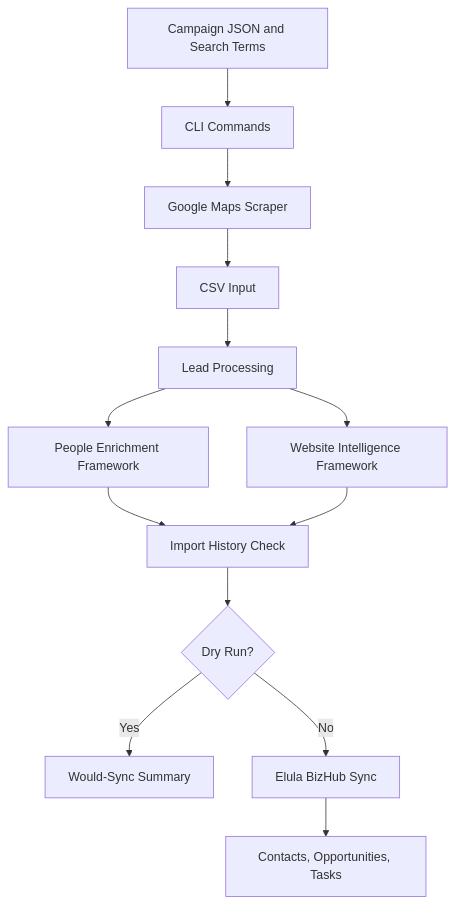
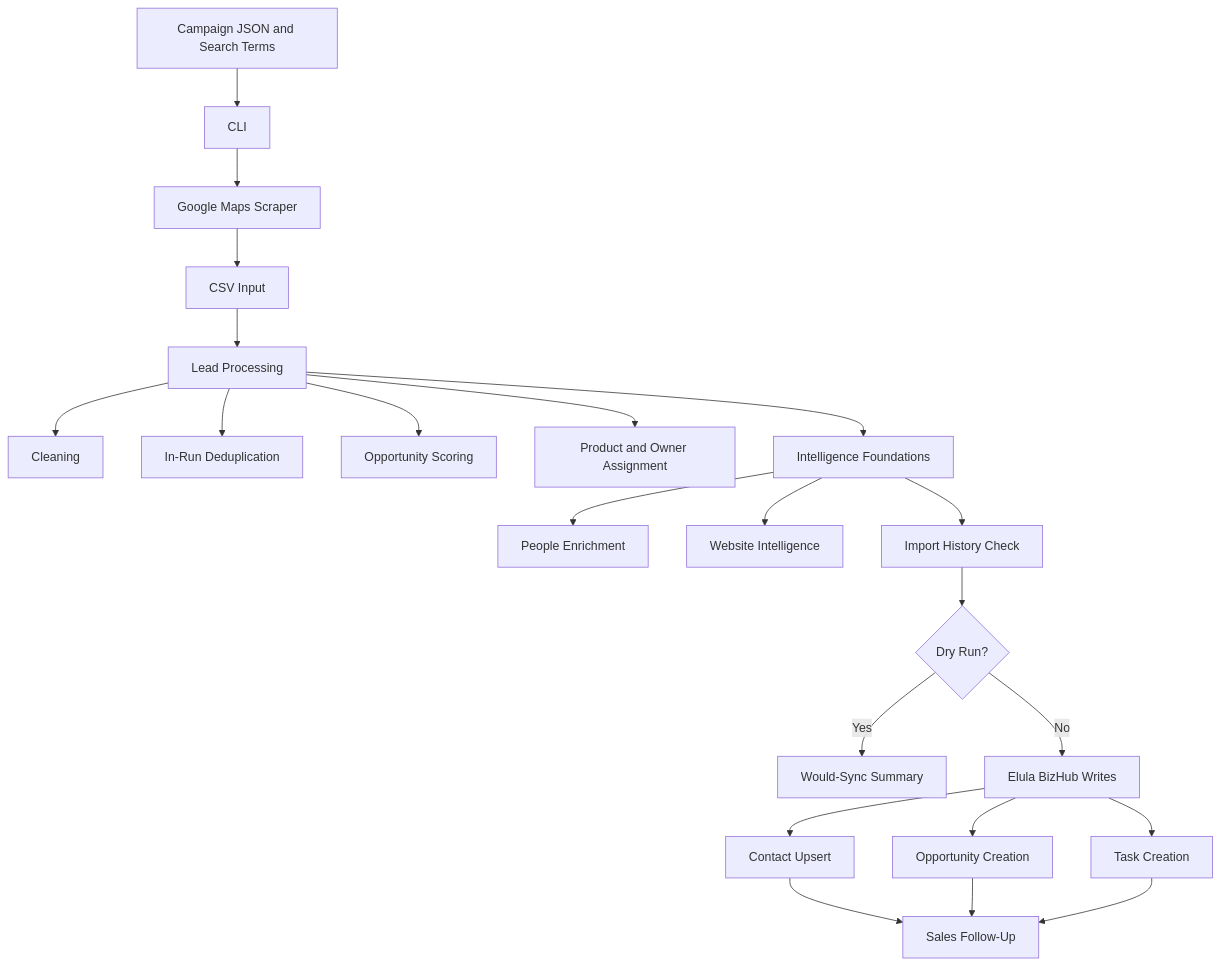
Before and after one commit to GAMAPRO1972/elula-prospect-engine: the second of 3 diagrams in docs/ARCHITECTURE.md, drawn with Mermaid. The commit also changed other lines of this file and 8 other files, not shown here.

````diff
--- a/docs/ARCHITECTURE.md
+++ b/docs/ARCHITECTURE.md
@@ -7,15 +19,24 @@
 ```mermaid
 flowchart TD
-    A["Campaign JSON and Search Terms"] --> B["CLI Commands"]
+    A["Campaign JSON and Search Terms"] --> B["CLI"]
     B --> C["Google Maps Scraper"]
     C --> D["CSV Input"]
     D --> E["Lead Processing"]
-    E --> F["People Enrichment Framework"]
-    E --> G["Website Intelligence Framework"]
-    F --> H["Import History Check"]
-    G --> H
-    H --> I{"Dry Run?"}
-    I -->|"Yes"| J["Would-Sync Summary"]
-    I -->|"No"| K["Elula BizHub Sync"]
-    K --> L["Contacts, Opportunities, Tasks"]
+    E --> E1["Cleaning"]
+    E --> E2["In-Run Deduplication"]
+    E --> E3["Opportunity Scoring"]
+    E --> E4["Product and Owner Assignment"]
+    E --> F["Intelligence Foundations"]
+    F --> F1["People Enrichment"]
+    F --> F2["Website Intelligence"]
+    F --> G["Import History Check"]
+    G --> H{"Dry Run?"}
+    H -->|"Yes"| I["Would-Sync Summary"]
+    H -->|"No"| J["Elula BizHub Writes"]
+    J --> K["Contact Upsert"]
+    J --> L["Opportunity Creation"]
+    J --> M["Task Creation"]
+    K --> N["Sales Follow-Up"]
+    L --> N
+    M --> N
 ```
````
